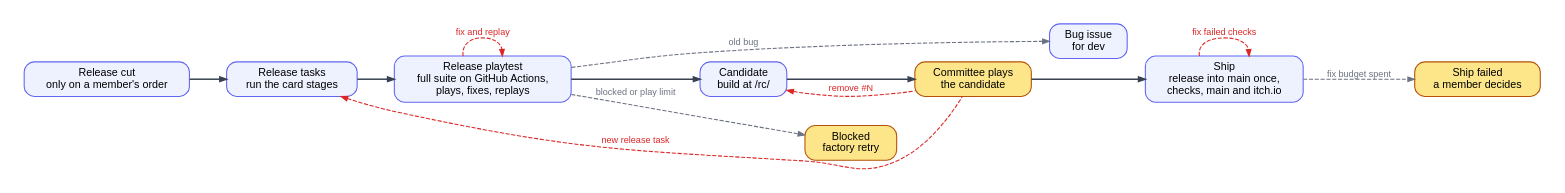
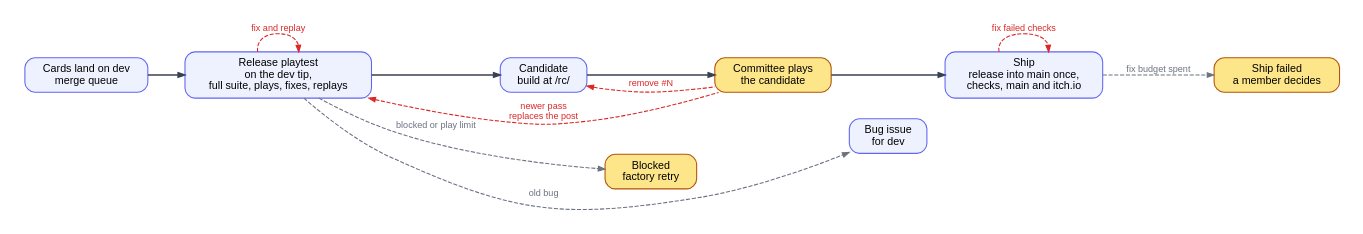
Before and after one commit to ROAM-game-org/road-machiners: the diagram in factory/docs/diagrams/release.dot, drawn with Graphviz. The commit also changed 25 other files, not shown here.

First line of the commit message:
Docs and diagrams for the release from dev, Hermes route kind, stale fixtures

```diff
--- a/factory/docs/diagrams/release.dot
+++ b/factory/docs/diagrams/release.dot
@@ -1,20 +1,20 @@
 // Release. Black: normal path. Red: loops back. Grey: stops the flow. Yellow: waits for people.
 digraph release {
   rankdir=LR; nodesep=0.3; ranksep=0.6; bgcolor=white; pad=0.3;
   node [shape=box, style="rounded,filled", fillcolor="#eef2ff", color="#6366f1", fontname="Helvetica", fontsize=13, margin="0.2,0.1", penwidth=1.3, width=1.3];
   edge [color="#374151", penwidth=1.8, arrowsize=0.8, fontname="Helvetica", fontsize=11];
-  C [label="Release cut\nonly on a member's order"]; T [label="Release tasks\nrun the card stages"]; G [label="Release playtest\nfull suite on GitHub Actions,\nplays, fixes, replays"]; B [label="Candidate\nbuild at /rc/"];
+  D0 [label="Cards land on dev\nmerge queue"]; G [label="Release playtest\non the dev tip,\nfull suite, plays, fixes, replays"]; B [label="Candidate\nbuild at /rc/"];
   P [label="Committee plays\nthe candidate", fillcolor="#fde68a", color="#b45309"]; S [label="Ship\nrelease into main once,\nchecks, main and itch.io"];
   BL [label="Blocked\nfactory retry", fillcolor="#fde68a", color="#b45309"]; D [label="Bug issue\nfor dev"]; SB [label="Ship failed\na member decides", fillcolor="#fde68a", color="#b45309"];
-  C -> T -> G -> B -> P -> S [weight=100];
+  D0 -> G -> B -> P -> S [weight=100];
   edge [color="#dc2626", fontcolor="#dc2626", style=dashed, penwidth=1.3, dir=back, weight=0];
-  T -> P [label="new release task"];
+  G -> P [label="newer pass\nreplaces the post"];
   B -> P [label="remove #N"];
   edge [color="#dc2626", fontcolor="#dc2626", style=dashed, penwidth=1.3, dir=forward, weight=0];
   G -> G [label="fix and replay"];
   S -> S [label="fix failed checks"];
   edge [color="#6b7280", fontcolor="#6b7280", style=dashed, penwidth=1.3, dir=forward, weight=0];
   G -> BL [label="blocked or play limit"];
   G -> D [label="old bug"];
   S -> SB [label="fix budget spent"];
 }
```
